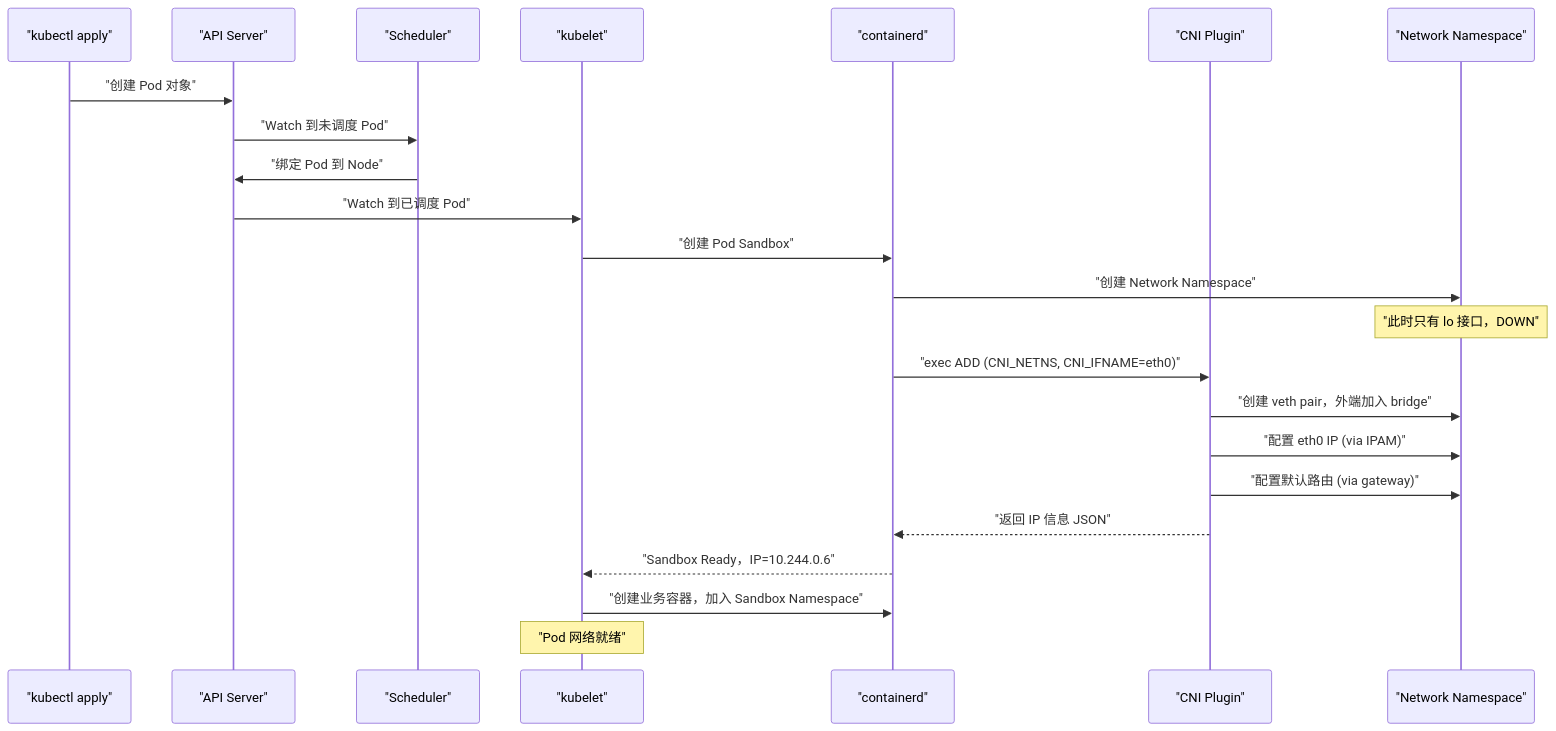
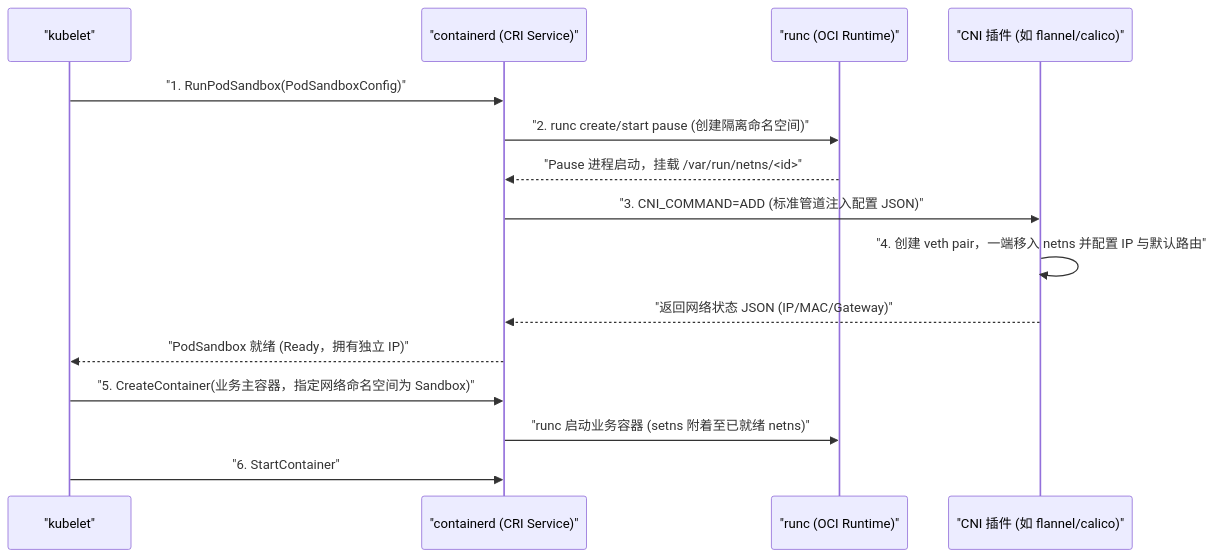
Before and after one commit to hpliStartAgain/my-brain: the seventh of 9 diagrams in content/云原生/Kubernetes/kubernetes网络原理与插件/01 Kubernetes网络模型——从Linux网络命名空间到Pod IP.md, drawn with Mermaid. The commit also changed other lines of this file and 29 other files, not shown here.

````diff
--- a/content/云原生/Kubernetes/kubernetes网络原理与插件/01 Kubernetes网络模型——从Linux网络命名空间到Pod IP.md
+++ b/content/云原生/Kubernetes/kubernetes网络原理与插件/01 Kubernetes网络模型——从Linux网络命名空间到Pod IP.md
@@ -537,27 +589,19 @@
 ```mermaid
 %%{init: {'theme': 'dracula'}}%%
 sequenceDiagram
-    participant K as "kubectl apply"
-    participant API as "API Server"
-    participant Sched as "Scheduler"
-    participant KL as "kubelet"
-    participant CRI as "containerd"
-    participant CNI as "CNI Plugin"
-    participant NS as "Network Namespace"
+    participant K as "kubelet"
+    participant CRI as "containerd (CRI Service)"
+    participant OCI as "runc (OCI Runtime)"
+    participant CNI as "CNI 插件 (如 flannel/calico)"
 
-    K->>API: "创建 Pod 对象"
-    API->>Sched: "Watch 到未调度 Pod"
-    Sched->>API: "绑定 Pod 到 Node"
-    API->>KL: "Watch 到已调度 Pod"
-    KL->>CRI: "创建 Pod Sandbox"
-    CRI->>NS: "创建 Network Namespace"
-    Note over NS: "此时只有 lo 接口，DOWN"
-    CRI->>CNI: "exec ADD (CNI_NETNS, CNI_IFNAME=eth0)"
-    CNI->>NS: "创建 veth pair，外端加入 bridge"
-    CNI->>NS: "配置 eth0 IP (via IPAM)"
-    CNI->>NS: "配置默认路由 (via gateway)"
-    CNI-->>CRI: "返回 IP 信息 JSON"
-    CRI-->>KL: "Sandbox Ready，IP=10.244.0.6"
-    KL->>CRI: "创建业务容器，加入 Sandbox Namespace"
-    Note over KL: "Pod 网络就绪"
+    K->>CRI: "1. RunPodSandbox(PodSandboxConfig)"
+    CRI->>OCI: "2. runc create/start pause (创建隔离命名空间)"
+    OCI-->>CRI: "Pause 进程启动，挂载 /var/run/netns/<id>"
+    CRI->>CNI: "3. CNI_COMMAND=ADD (标准管道注入配置 JSON)"
+    CNI->>CNI: "4. 创建 veth pair，一端移入 netns 并配置 IP 与默认路由"
+    CNI-->>CRI: "返回网络状态 JSON (IP/MAC/Gateway)"
+    CRI-->>K: "PodSandbox 就绪 (Ready，拥有独立 IP)"
+    K->>CRI: "5. CreateContainer(业务主容器，指定网络命名空间为 Sandbox)"
+    CRI->>OCI: "runc 启动业务容器 (setns 附着至已就绪 netns)"
+    K->>CRI: "6. StartContainer"
 ```
````
